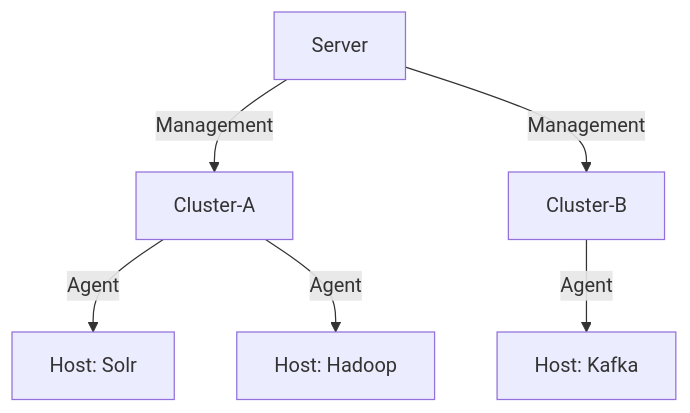
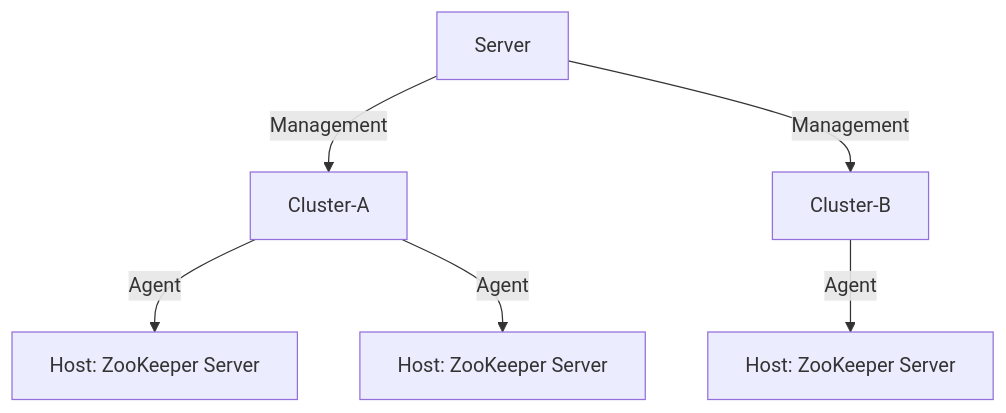
One commit to apache/bigtop-manager changed the first of 2 diagrams in docs/zh/architecture.md. Above: the diagram before and after it, drawn with Mermaid. The commit also changed other lines of this file and 2 other files, not shown here.

````diff
--- a/docs/zh/architecture.md
+++ b/docs/zh/architecture.md
@@ -35,8 +35,8 @@
 ```mermaid
 graph TD
     Server-->|Management|Cluster-A
     Server-->|Management|Cluster-B
-    Cluster-A-->|Agent|Host1[Host: Solr]
-    Cluster-A-->|Agent|Host2[Host: Hadoop]
-    Cluster-B-->|Agent|Host3[Host: Kafka]
+    Cluster-A-->|Agent|Host1[Host: ZooKeeper Server]
+    Cluster-A-->|Agent|Host2[Host: ZooKeeper Server]
+    Cluster-B-->|Agent|Host3[Host: ZooKeeper Server]
 ```
````
